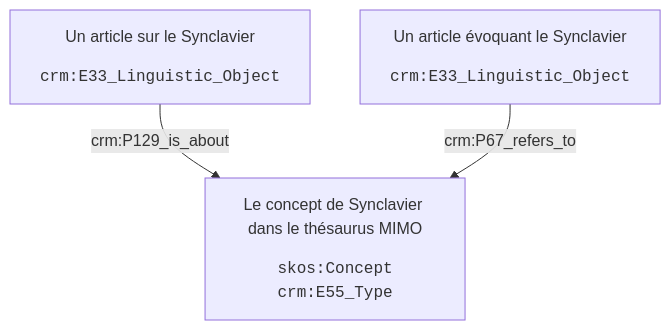
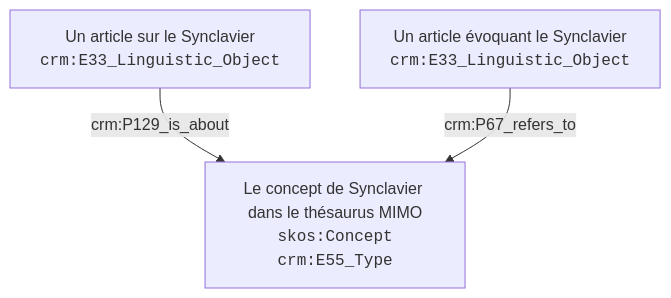
One commit to sherlock-iremus/sherlock changed the diagram in sherlock_model_indexing.md. Above: the diagram before and after it, drawn with Mermaid.

````diff
--- a/sherlock_model_indexing.md
+++ b/sherlock_model_indexing.md
@@ -14,21 +14,21 @@
 ```mermaid
     flowchart TB
 
     A[Un article sur le Synclavier
-    <div style="font-family: monospace; margin-top: 1em;">crm:E33_Linguistic_Object</div>
+    <div style="font-family: monospace;">crm:E33_Linguistic_Object</div>
     ]
     click A "https://fr.wikipedia.org/wiki/Synclavier"
 
     B[Un article évoquant le Synclavier
-    <div style="font-family: monospace; margin-top: 1em;">crm:E33_Linguistic_Object</div>
+    <div style="font-family: monospace;">crm:E33_Linguistic_Object</div>
     ]
     click B "https://www.soundonsound.com/people/mark-snow-scoring-x-files"
     
     C[Le concept de Synclavier dans le thésaurus MIMO
-    <div style="font-family: monospace; margin-top: 1em;">skos:Concept<br>crm:E55_Type</div>
+    <div style="font-family: monospace;">skos:Concept<br>crm:E55_Type</div>
     ]
     click C "https://vocabulary.mimo-international.com/InstrumentsKeywords/fr/page/2320"
    
     A -->|crm:P129_is_about| C
     B -->|crm:P67_refers_to| C
 ```
````
